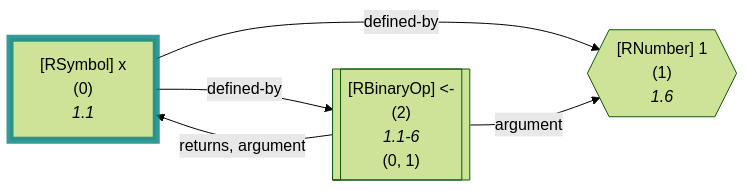
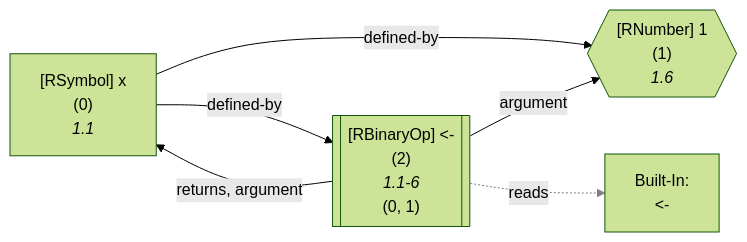
One commit to flowr-analysis/flowr changed diagram 18 of 48 in wiki/Dataflow Graph.md. Above: the diagram before and after it, drawn with Mermaid (forest theme). The commit also changed other lines of this file and 7 other files, not shown here.

Commit message:
[skip ci] doc: update generated wiki pages (wiki/Capabilities,wiki/Dataflow Graph,wiki/Search API,wiki/Interface,wiki/Control Flow Graph,wiki/Linting and Testing,wiki/Core,README)

````diff
--- a/wiki/Dataflow Graph.md
+++ b/wiki/Dataflow Graph.md
@@ -2486,18 +2618,21 @@
 ```mermaid
 flowchart LR
     1{{"`#91;RNumber#93; 1
       (1)
       *1.6*`"}}
     0["`#91;RSymbol#93; x
       (0)
       *1.1*`"]
-    style 0 stroke:teal,stroke-width:7px,stroke-opacity:.8; 
     2[["`#91;RBinaryOp#93; #60;#45;
       (2)
       *1.1-6*
     (0, 1)`"]]
+    built-in:_-["`Built-In:
+#60;#45;`"]
     0 -->|"defined-by"| 1
     0 -->|"defined-by"| 2
     2 -->|"argument"| 1
     2 -->|"returns, argument"| 0
+    2 -.->|"reads"| built-in:_-
+    linkStyle 4 stroke:gray;
 ```
````
